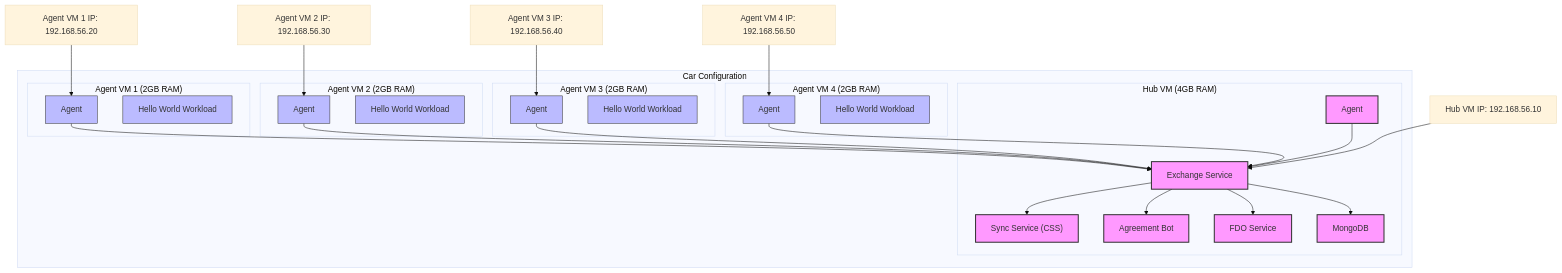
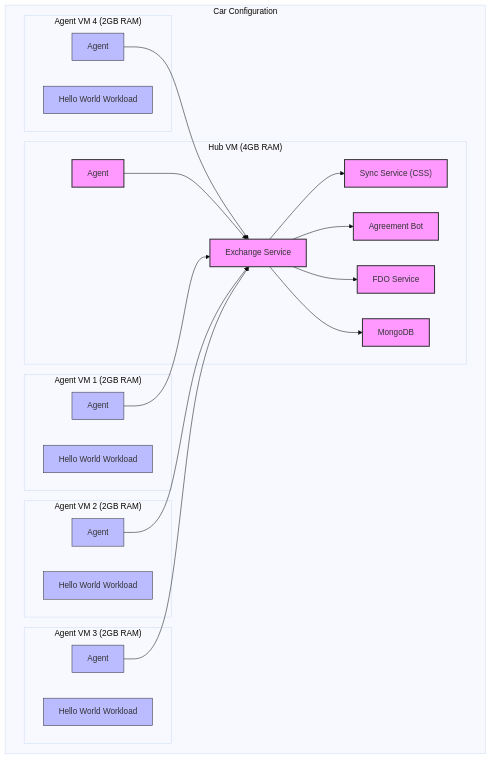
Before and after one commit to open-horizon-services/demo-in-a-box: the third of 5 diagrams in README.md, drawn with Mermaid (base theme). The commit also changed other lines of this file and 19 other files, not shown here.

````diff
--- a/README.md
+++ b/README.md
@@ -122,57 +122,51 @@
 ```mermaid
 graph TD
     subgraph "Car Configuration"
     
     subgraph "Hub VM (4GB RAM)"
     Exchange["Exchange Service"]
     CSS["Sync Service (CSS)"]
     AgBot["Agreement Bot"]
     FDO["FDO Service"]
     MongoDB["MongoDB"]
     HubAgent["Agent"]
     end
     
     subgraph "Agent VM 1 (2GB RAM)"
     Agent1["Agent"]
     HelloWorld1["Hello World Workload"]
     end
     
     subgraph "Agent VM 2 (2GB RAM)"
     Agent2["Agent"]
     HelloWorld2["Hello World Workload"]
     end
     
     subgraph "Agent VM 3 (2GB RAM)"
     Agent3["Agent"]
     HelloWorld3["Hello World Workload"]
     end
     
     subgraph "Agent VM 4 (2GB RAM)"
     Agent4["Agent"]
     HelloWorld4["Hello World Workload"]
     end
     
     Exchange --> CSS
     Exchange --> AgBot
     Exchange --> FDO
     Exchange --> MongoDB
     
     Agent1 --> Exchange
     Agent2 --> Exchange
     Agent3 --> Exchange
     Agent4 --> Exchange
     HubAgent --> Exchange
     
     classDef hub fill:#f9f,stroke:#333,stroke-width:2px
     classDef agent fill:#bbf,stroke:#333,stroke-width:1px
     class Exchange,CSS,AgBot,FDO,MongoDB,HubAgent hub
     class Agent1,HelloWorld1,Agent2,HelloWorld2,Agent3,HelloWorld3,Agent4,HelloWorld4 agent
     
     end
-    
-    IP1["Hub VM IP: 192.168.56.10"] --> Exchange
-    IP2["Agent VM 1 IP: 192.168.56.20"] --> Agent1
-    IP3["Agent VM 2 IP: 192.168.56.30"] --> Agent2
-    IP4["Agent VM 3 IP: 192.168.56.40"] --> Agent3
-    IP5["Agent VM 4 IP: 192.168.56.50"] --> Agent4
 ```
````
